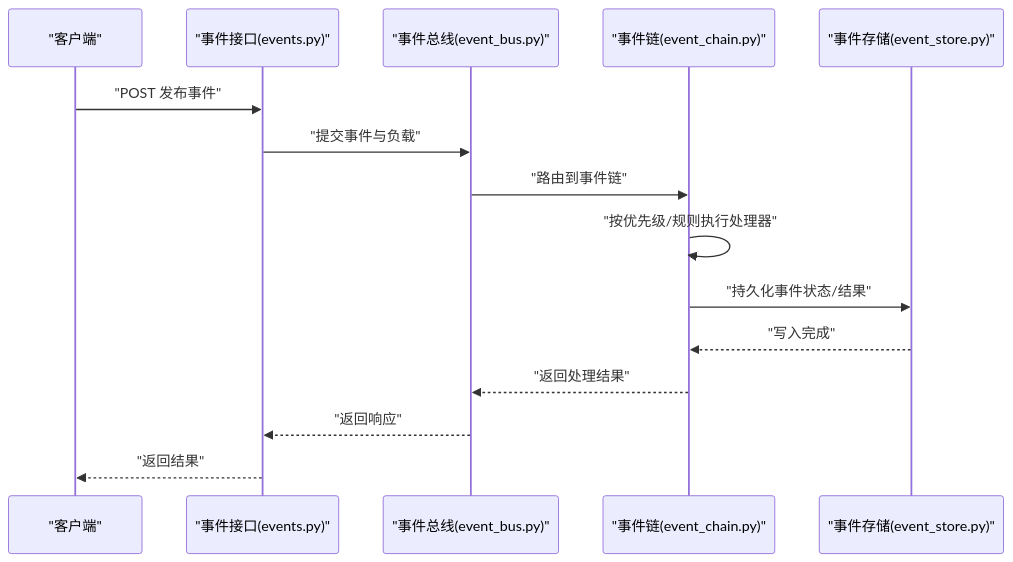
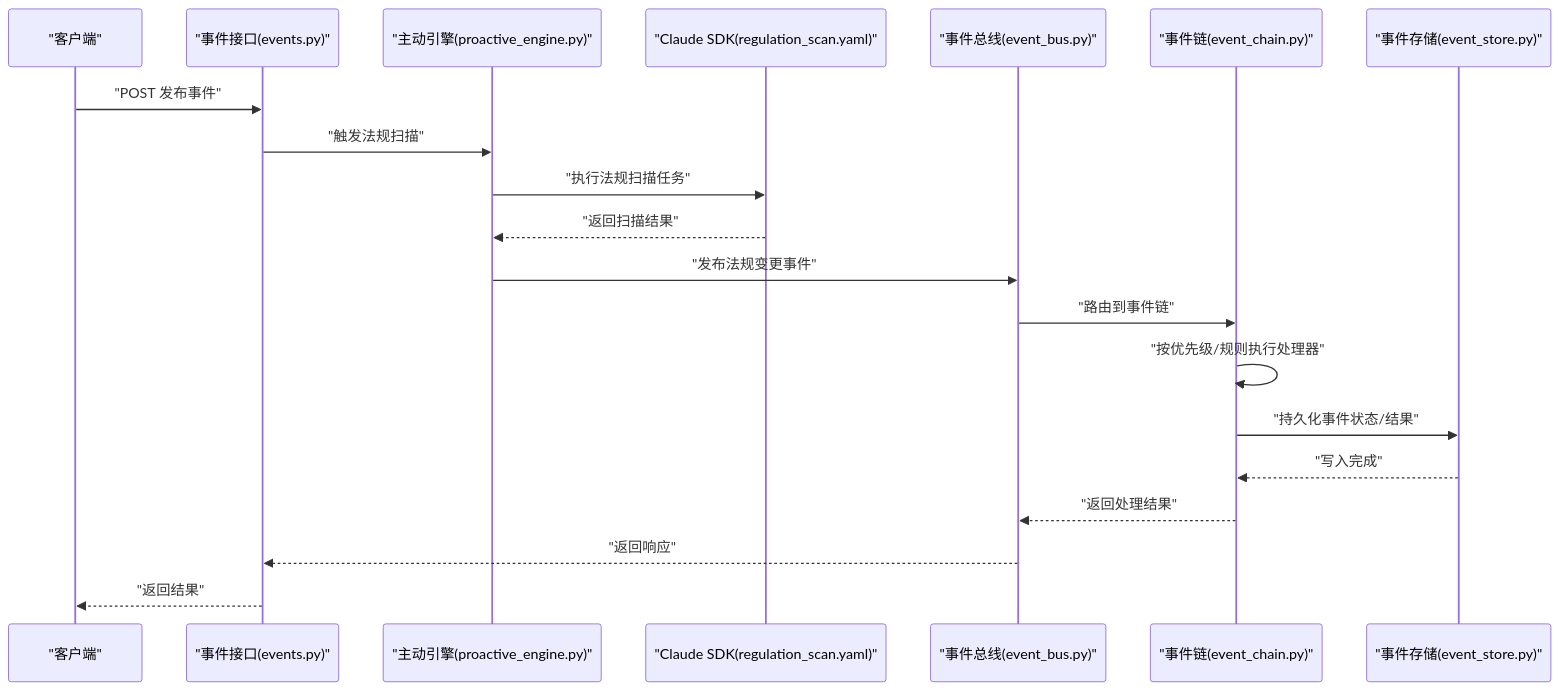
The second of 9 diagrams in .qoder/repowiki/zh/content/系统架构/事件驱动系统/事件驱动系统.md (angledick/-), drawn with Mermaid before and after one commit. The commit also changed other lines of this file and 770 other files, not shown here.

````diff
--- a/.qoder/repowiki/zh/content/系统架构/事件驱动系统/事件驱动系统.md
+++ b/.qoder/repowiki/zh/content/系统架构/事件驱动系统/事件驱动系统.md
@@ -106,17 +144,22 @@
 ```mermaid
 sequenceDiagram
 participant Client as "客户端"
 participant API as "事件接口(events.py)"
+participant Proactive as "主动引擎(proactive_engine.py)"
+participant SDK as "Claude SDK(regulation_scan.yaml)"
 participant Bus as "事件总线(event_bus.py)"
 participant Chain as "事件链(event_chain.py)"
 participant Store as "事件存储(event_store.py)"
 Client->>API : "POST 发布事件"
-API->>Bus : "提交事件与负载"
+API->>Proactive : "触发法规扫描"
+Proactive->>SDK : "执行法规扫描任务"
+SDK-->>Proactive : "返回扫描结果"
+Proactive->>Bus : "发布法规变更事件"
 Bus->>Chain : "路由到事件链"
 Chain->>Chain : "按优先级/规则执行处理器"
 Chain->>Store : "持久化事件状态/结果"
 Store-->>Chain : "写入完成"
 Chain-->>Bus : "返回处理结果"
 Bus-->>API : "返回响应"
 API-->>Client : "返回结果"
 ```
````
